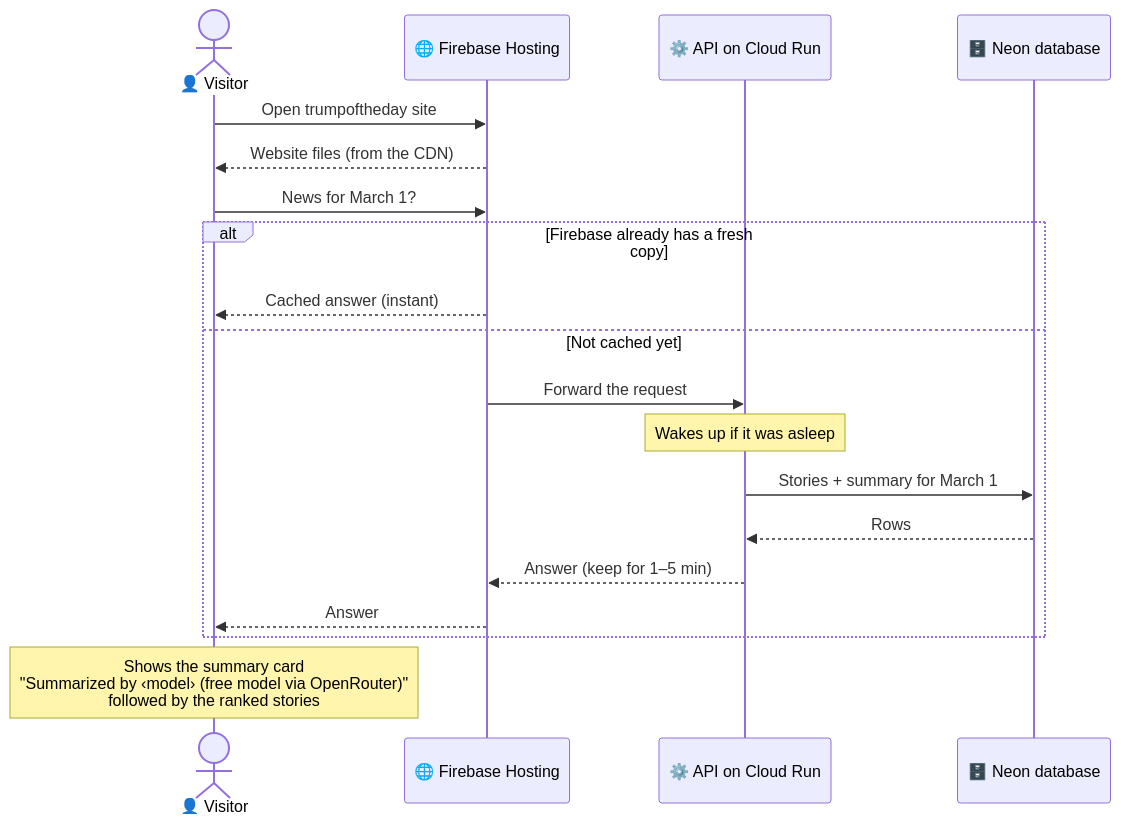
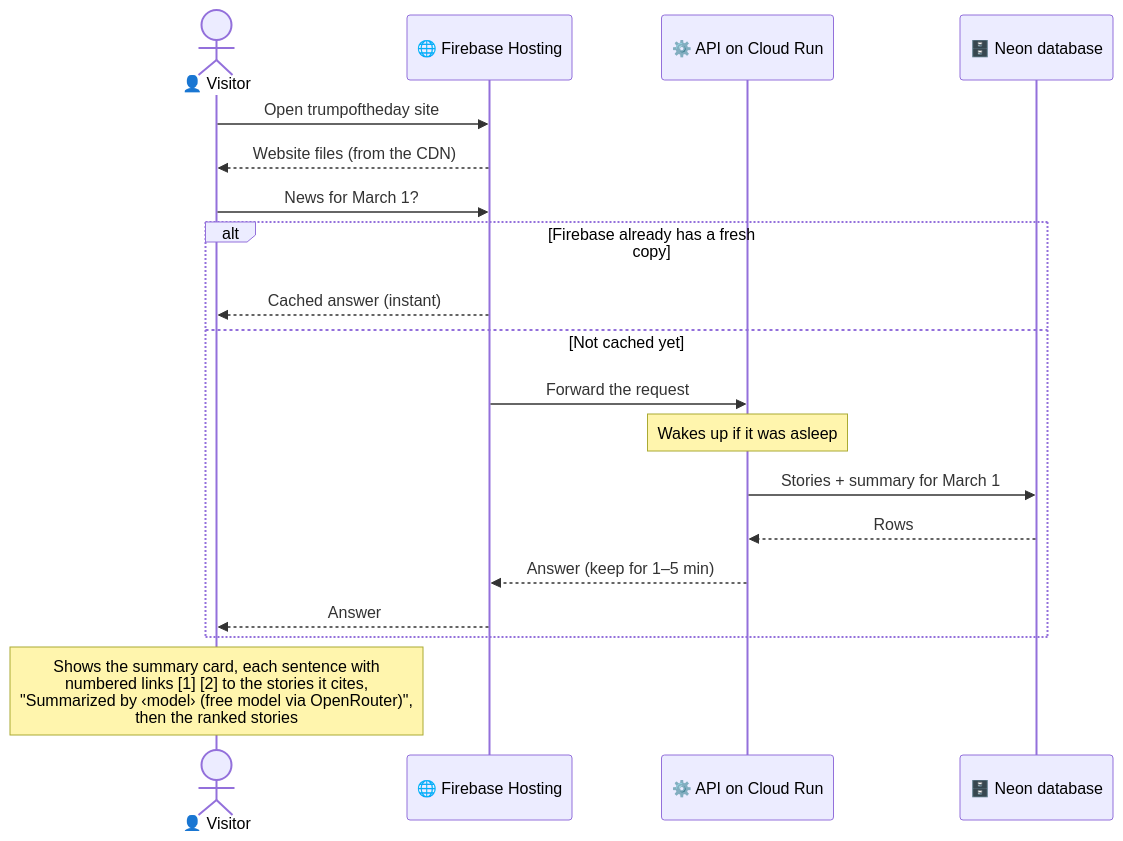
The third of 5 diagrams in ARCHITECTURE.md (divij-pawar/trump-of-the-day), drawn with Mermaid before and after one commit. The commit also changed other lines of this file and 6 other files, not shown here.

````diff
--- a/ARCHITECTURE.md
+++ b/ARCHITECTURE.md
@@ -80,22 +80,22 @@
 ```mermaid
 sequenceDiagram
     actor V as 👤 Visitor
     participant F as 🌐 Firebase Hosting
     participant A as ⚙️ API on Cloud Run
     participant D as 🗄️ Neon database
 
     V->>F: Open trumpoftheday site
     F-->>V: Website files (from the CDN)
     V->>F: News for March 1?
     alt Firebase already has a fresh copy
         F-->>V: Cached answer (instant)
     else Not cached yet
         F->>A: Forward the request
         Note over A: Wakes up if it was asleep
         A->>D: Stories + summary for March 1
         D-->>A: Rows
         A-->>F: Answer (keep for 1–5 min)
         F-->>V: Answer
     end
-    Note over V: Shows the summary card<br/>"Summarized by ‹model› (free model via OpenRouter)"<br/>followed by the ranked stories
+    Note over V: Shows the summary card, each sentence with<br/>numbered links [1] [2] to the stories it cites,<br/>"Summarized by ‹model› (free model via OpenRouter)",<br/>then the ranked stories
 ```
````
